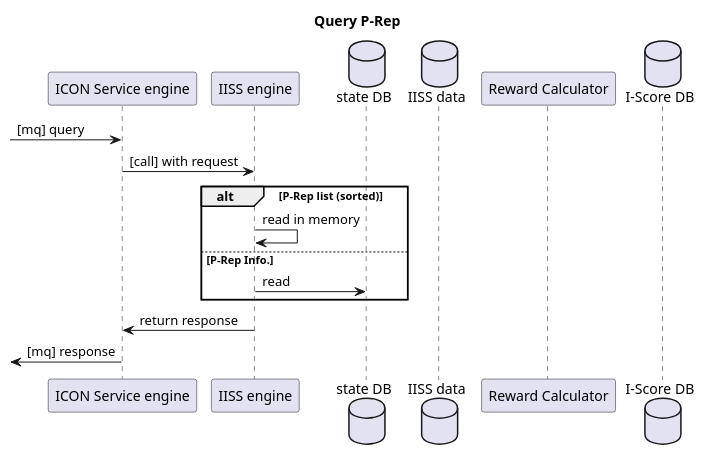
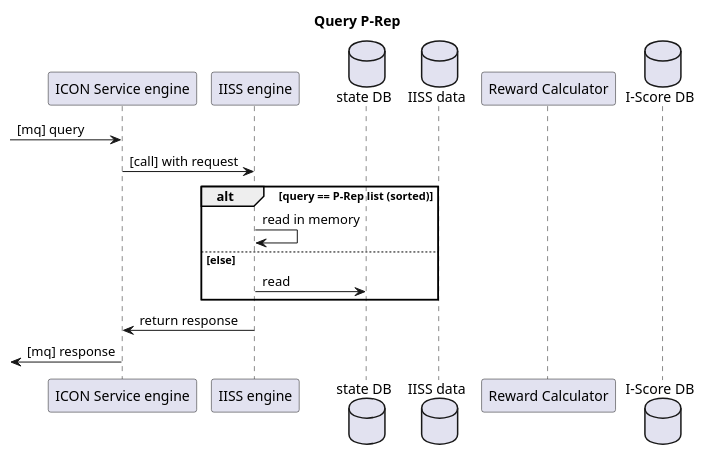
The diagram in docs/plantuml/iiss/iiss_prep.wsd (stjordanis/icon-service), drawn with PlantUML before and after one commit. The commit also changed 2 other files, not shown here.

Commit message:
Modify IISS calculation and Query/Claim I-Score sequence diagram

```diff
--- a/docs/plantuml/iiss/iiss_prep.wsd
+++ b/docs/plantuml/iiss/iiss_prep.wsd
@@ -1,21 +1,21 @@
 @startuml
 title Query P-Rep
 
 participant "ICON Service engine" as IS
 participant "IISS engine" as IISS
 database "state DB" as SDB
 database "IISS data" as ID
 participant "Reward Calculator" as RC
 database "I-Score DB" as ISDB
 
 -> IS: [mq] query
 IS -> IISS: [call] with request
-alt P-Rep list (sorted)
+alt query == P-Rep list (sorted)
 IISS -> IISS: read in memory
-else P-Rep Info.
+else else
 IISS -> SDB: read
 end
 IISS -> IS: return response
 <- IS: [mq] response
 
 @enduml
```
